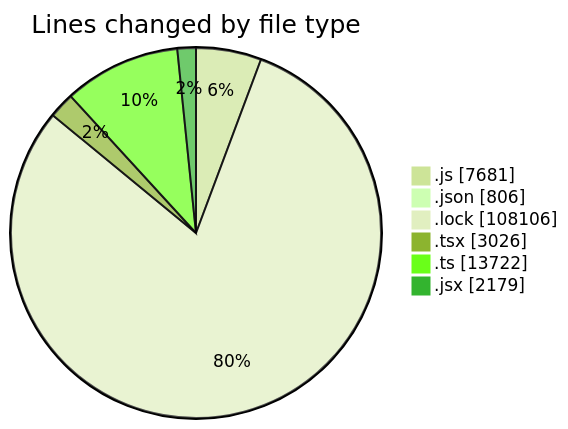
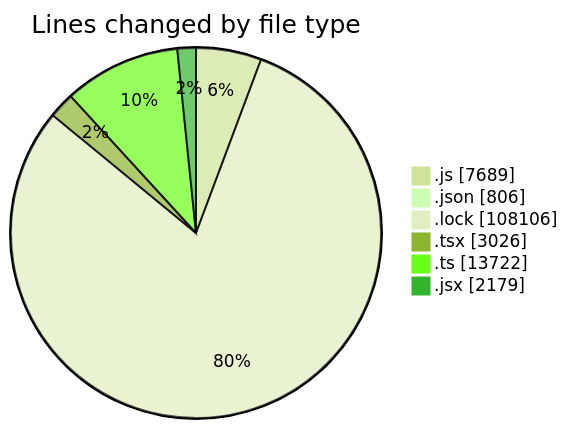
One commit to momahboobian/code-tracking changed the first of 2 diagrams in 2025-12-18/cda/README.md. Above: the diagram before and after it, drawn with Mermaid (forest theme). The commit also changed other lines of this file and 1 other file, not shown here.

````diff
--- a/2025-12-18/cda/README.md
+++ b/2025-12-18/cda/README.md
@@ -103,10 +103,10 @@
 ```mermaid
 pie showData
 title Lines changed by file type
-".js" : 7681
+".js" : 7689
 ".json" : 806
 ".lock" : 108106
 ".tsx" : 3026
 ".ts" : 13722
 ".jsx" : 2179
 ```
````
